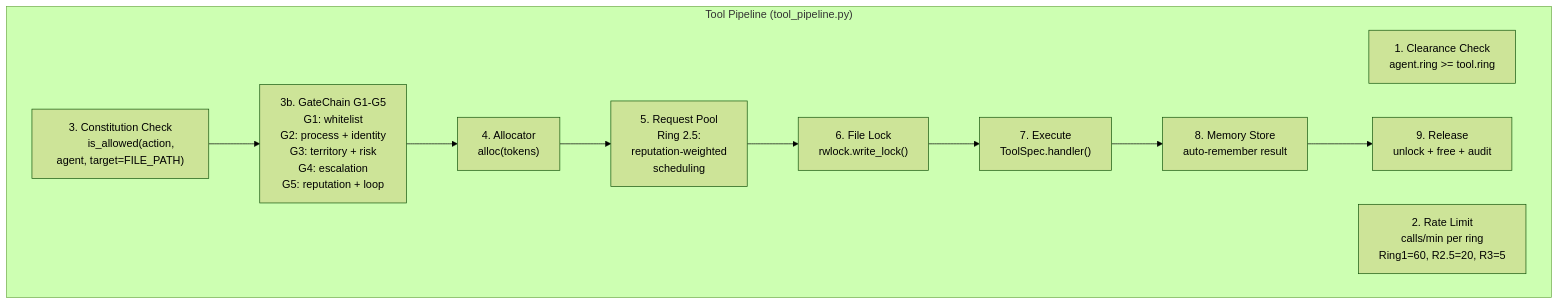
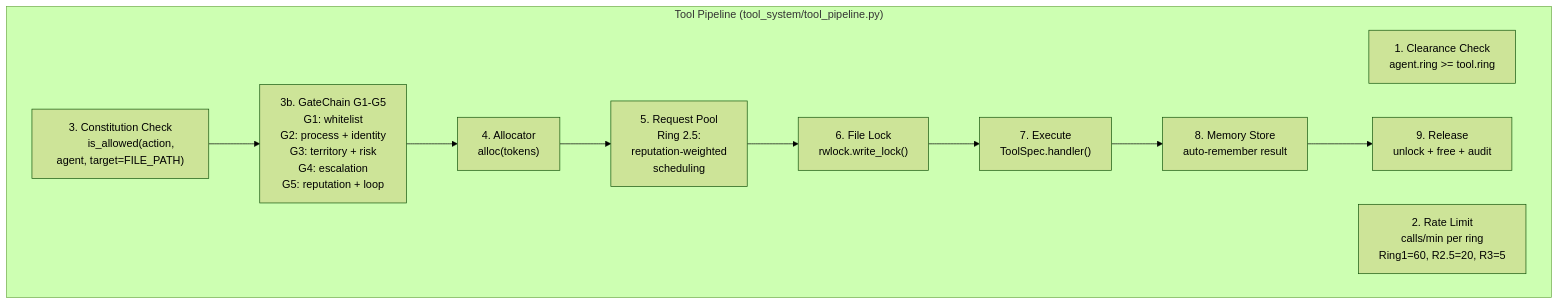
The diagram in docs/architecture/deep-dive/tool-pipeline.md (guilingzhouyi-creator/Praxis-Agent-OS), drawn with Mermaid (forest theme) before and after one commit. The commit also changed other lines of this file and 106 other files, not shown here.

````diff
--- a/docs/architecture/deep-dive/tool-pipeline.md
+++ b/docs/architecture/deep-dive/tool-pipeline.md
@@ -10,39 +10,39 @@
 ```mermaid
 flowchart TB
-    subgraph Pipeline["Tool Pipeline (tool_pipeline.py)"]
+    subgraph Pipeline["Tool Pipeline (tool_system/tool_pipeline.py)"]
         S1["1. Clearance Check
         agent.ring >= tool.ring"]
         S2["2. Rate Limit
         calls/min per ring
         Ring1=60, R2.5=20, R3=5"]
         S3["3. Constitution Check
         is_allowed(action, agent, target=FILE_PATH)"]
         S3B["3b. GateChain G1-G5
         G1: whitelist
         G2: process + identity
         G3: territory + risk
         G4: escalation
         G5: reputation + loop"]
         S4["4. Allocator
         alloc(tokens)"]
         S5["5. Request Pool
         Ring 2.5:
         reputation-weighted
         scheduling"]
         S6["6. File Lock
         rwlock.write_lock()"]
         S7["7. Execute
         ToolSpec.handler()"]
         S8["8. Memory Store
         auto-remember result"]
         S9["9. Release
         unlock + free + audit"]
     end
     S3 --> S3B
     S3B --> S4
     S4 --> S5
     S5 --> S6
     S6 --> S7
     S7 --> S8
     S8 --> S9
 ```
````
